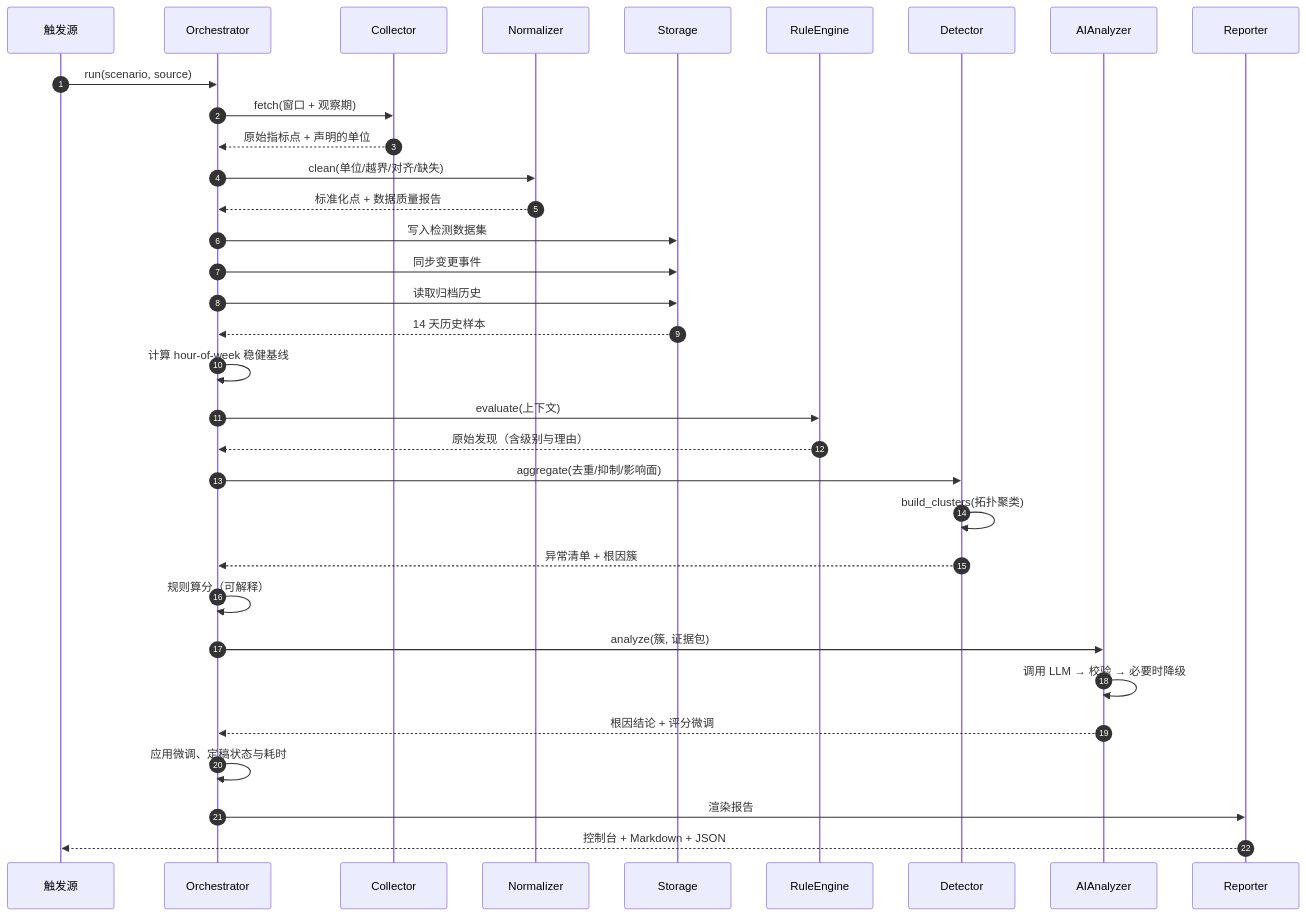
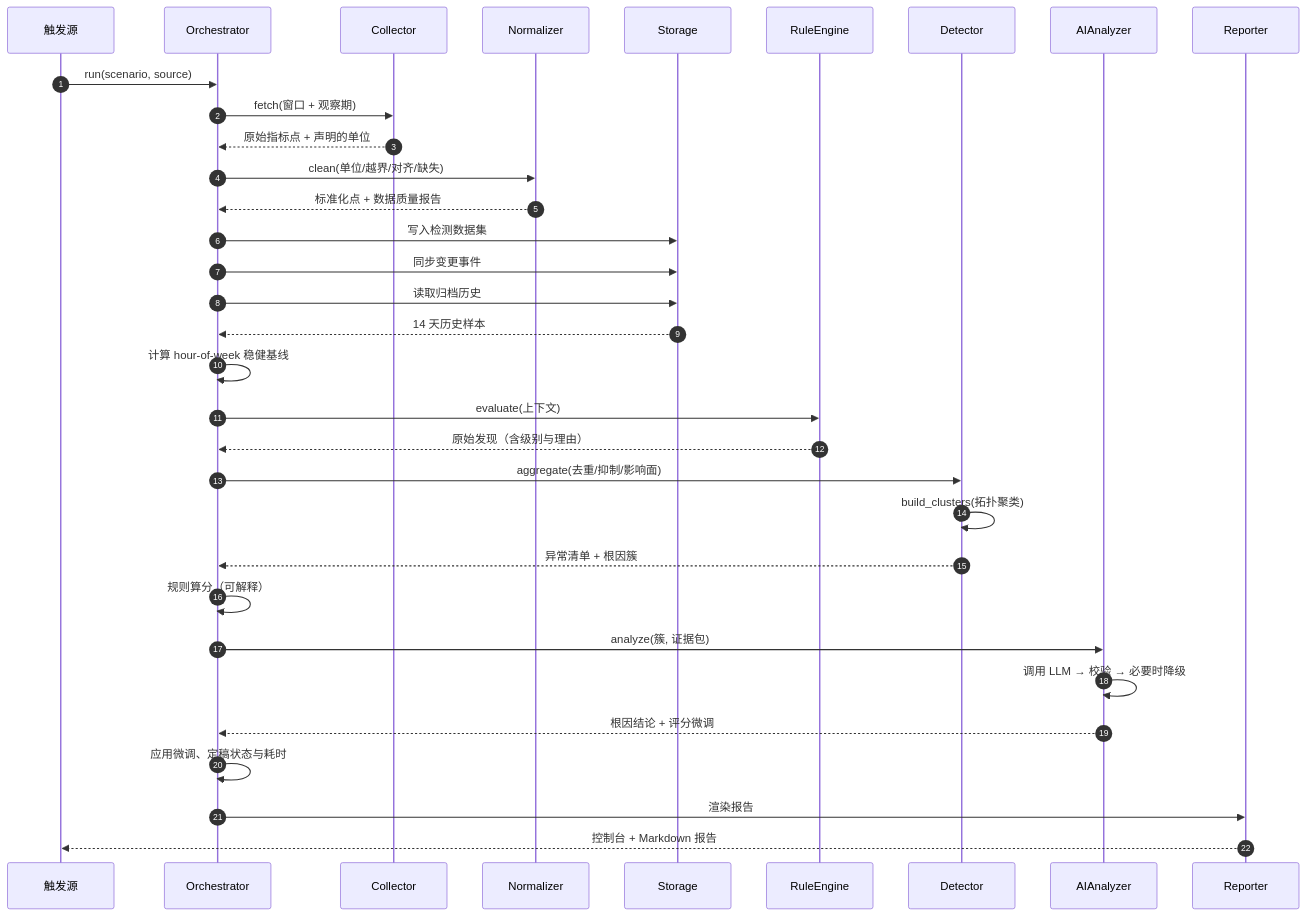
The second of 2 diagrams in docs/01-设计文档.md (YTIANYE/StaGuardAgent), drawn with Mermaid before and after one commit. The commit also changed other lines of this file and 17 other files, not shown here.

````diff
--- a/docs/01-设计文档.md
+++ b/docs/01-设计文档.md
@@ -68,36 +68,36 @@
 ```mermaid
 sequenceDiagram
     autonumber
     participant T as 触发源
     participant O as Orchestrator
     participant C as Collector
     participant N as Normalizer
     participant S as Storage
     participant R as RuleEngine
     participant D as Detector
     participant A as AIAnalyzer
     participant P as Reporter
 
     T->>O: run(scenario, source)
     O->>C: fetch(窗口 + 观察期)
     C-->>O: 原始指标点 + 声明的单位
     O->>N: clean(单位/越界/对齐/缺失)
     N-->>O: 标准化点 + 数据质量报告
     O->>S: 写入检测数据集
     O->>S: 同步变更事件
     O->>S: 读取归档历史
     S-->>O: 14 天历史样本
     O->>O: 计算 hour-of-week 稳健基线
     O->>R: evaluate(上下文)
     R-->>O: 原始发现（含级别与理由）
     O->>D: aggregate(去重/抑制/影响面)
     D->>D: build_clusters(拓扑聚类)
     D-->>O: 异常清单 + 根因簇
     O->>O: 规则算分（可解释）
     O->>A: analyze(簇, 证据包)
     A->>A: 调用 LLM → 校验 → 必要时降级
     A-->>O: 根因结论 + 评分微调
     O->>O: 应用微调、定稿状态与耗时
     O->>P: 渲染报告
-    P-->>T: 控制台 + Markdown + JSON
+    P-->>T: 控制台 + Markdown 报告
 ```
````
